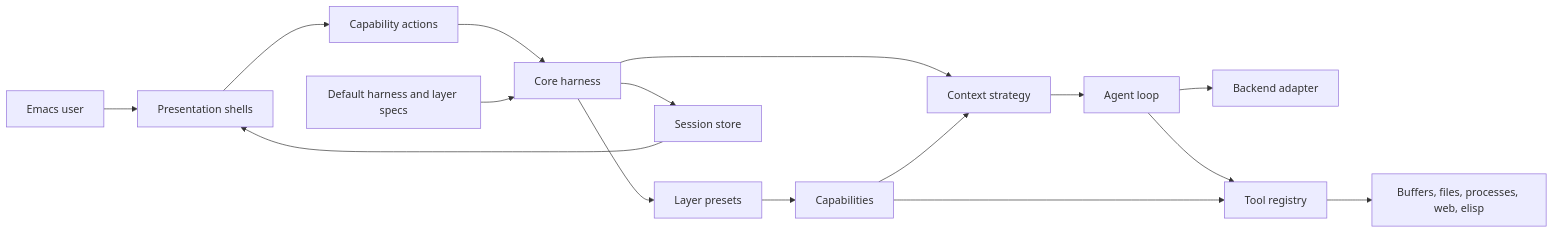
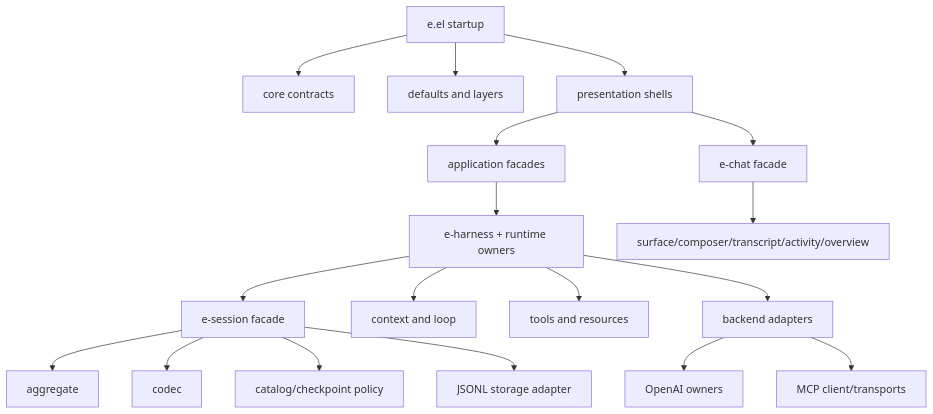
The first of 2 diagrams in docs/architecture.md (alendit/e), drawn with Mermaid before and after one commit. The commit also changed other lines of this file and 69 other files, not shown here.

````diff
--- a/docs/architecture.md
+++ b/docs/architecture.md
@@ -55,18 +52,20 @@
 ```mermaid
-flowchart LR
-    User["Emacs user"] --> Shells["Presentation shells"]
-    Shells --> Actions["Capability actions"]
-    Actions --> Harness["Core harness"]
-    Defaults["Default harness and layer specs"] --> Harness
-    Layers["Layer presets"] --> Caps["Capabilities"]
-    Harness --> Layers
-    Harness --> Context["Context strategy"]
-    Caps --> Context
-    Context --> Loop["Agent loop"]
-    Loop --> Backend["Backend adapter"]
-    Loop --> Tools["Tool registry"]
-    Caps --> Tools
-    Tools --> Effects["Buffers, files, processes, web, elisp"]
-    Harness --> Store["Session store"]
-    Store --> Shells
+flowchart TD
+    Entry["e.el startup"] --> Core["core contracts"]
+    Entry --> Defaults["defaults and layers"]
+    Entry --> Shells["presentation shells"]
+    Shells --> Facades["application facades"]
+    Facades --> H["e-harness + runtime owners"]
+    H --> S["e-session facade"]
+    S --> SA["aggregate"]
+    S --> SC["codec"]
+    S --> SCat["catalog/checkpoint policy"]
+    S --> SS["JSONL storage adapter"]
+    H --> Ctx["context and loop"]
+    H --> Tools["tools and resources"]
+    H --> Backends["backend adapters"]
+    Backends --> OpenAI["OpenAI owners"]
+    Backends --> MCP["MCP client/transports"]
+    Shells --> Chat["e-chat facade"]
+    Chat --> Presentation["surface/composer/transcript/activity/overview"]
 ```
````
